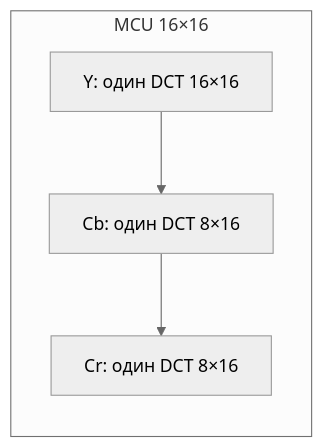
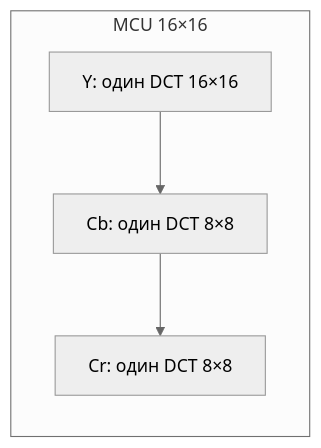
One commit to Witali/block-palette-compression changed the third of 7 diagrams in docs/DCTBS2_ALGORITHM_ru.md. Above: the diagram before and after it, drawn with Mermaid (neutral theme). The commit also changed other lines of this file and 11 other files, not shown here.

Commit message:
Update DCTBS2 4:2:0 diagrams and documentation

````diff
--- a/docs/DCTBS2_ALGORITHM_ru.md
+++ b/docs/DCTBS2_ALGORITHM_ru.md
@@ -126,9 +129,9 @@
 ```mermaid
 flowchart LR
     subgraph MCU["MCU 16×16"]
       Y16["Y: один DCT 16×16"]
-      CB["Cb: один DCT 8×16"]
-      CR["Cr: один DCT 8×16"]
+      CB["Cb: один DCT 8×8"]
+      CR["Cr: один DCT 8×8"]
     end
     Y16 --> CB --> CR
 ```
````
